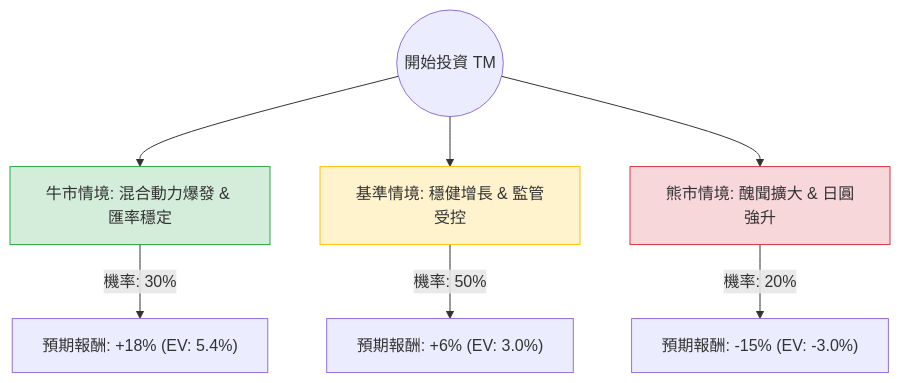
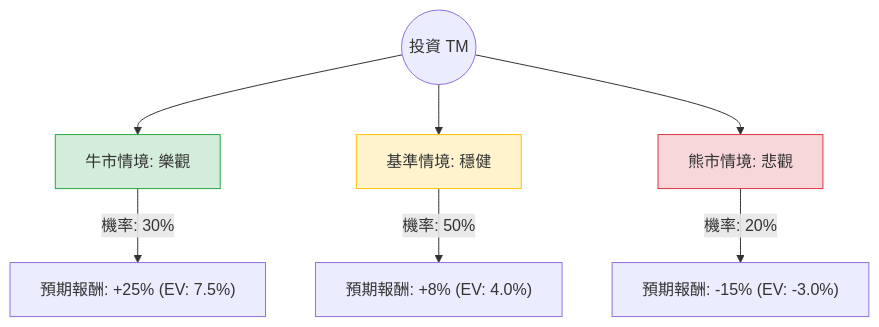
The diagram in plugin-react/ai-analysis/ev-analysis/TM.md (zmcx16/zmcx16.github.io), drawn with Mermaid before and after one commit. The commit also changed other lines of this file and 85 other files, not shown here.

````diff
--- a/plugin-react/ai-analysis/ev-analysis/TM.md
+++ b/plugin-react/ai-analysis/ev-analysis/TM.md
@@ -19,14 +19,14 @@
 ```mermaid
 graph TD
-    Start((開始投資 TM)) --> Bull[牛市情境: 混合動力爆發 & 匯率穩定]
-    Start --> Base[基準情境: 穩健增長 & 監管受控]
-    Start --> Bear[熊市情境: 醜聞擴大 & 日圓強升]
+    Start((投資 TM)) --> Bull[牛市情境: 樂觀]
+    Start --> Base[基準情境: 穩健]
+    Start --> Bear[熊市情境: 悲觀]
 
-    Bull -- "機率: 30%" --> BullResult["預期報酬: +18% (EV: 5.4%)"]
-    Base -- "機率: 50%" --> BaseResult["預期報酬: +6% (EV: 3.0%)"]
+    Bull -- "機率: 30%" --> BullResult["預期報酬: +25% (EV: 7.5%)"]
+    Base -- "機率: 50%" --> BaseResult["預期報酬: +8% (EV: 4.0%)"]
     Bear -- "機率: 20%" --> BearResult["預期報酬: -15% (EV: -3.0%)"]
 
     style Bull fill:#d4edda,stroke:#28a745
     style Base fill:#fff3cd,stroke:#ffc107
     style Bear fill:#f8d7da,stroke:#dc3545
 ```
````
